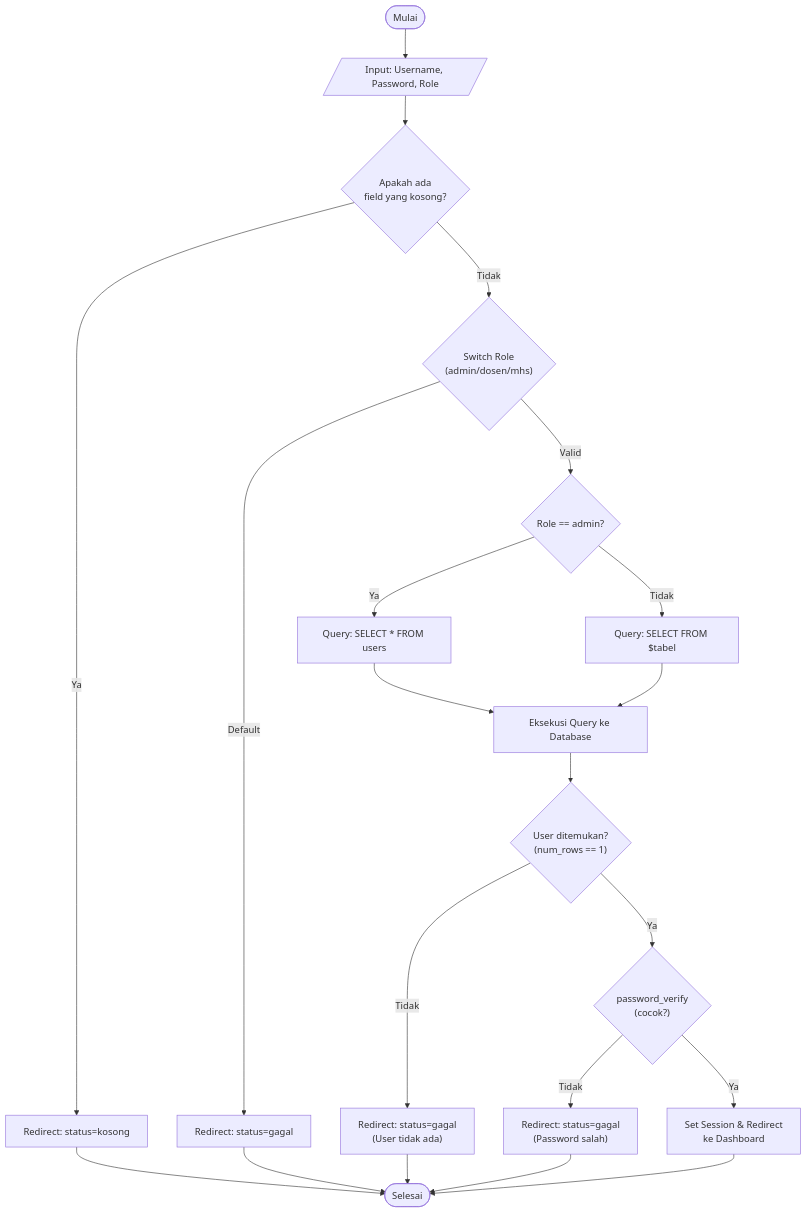
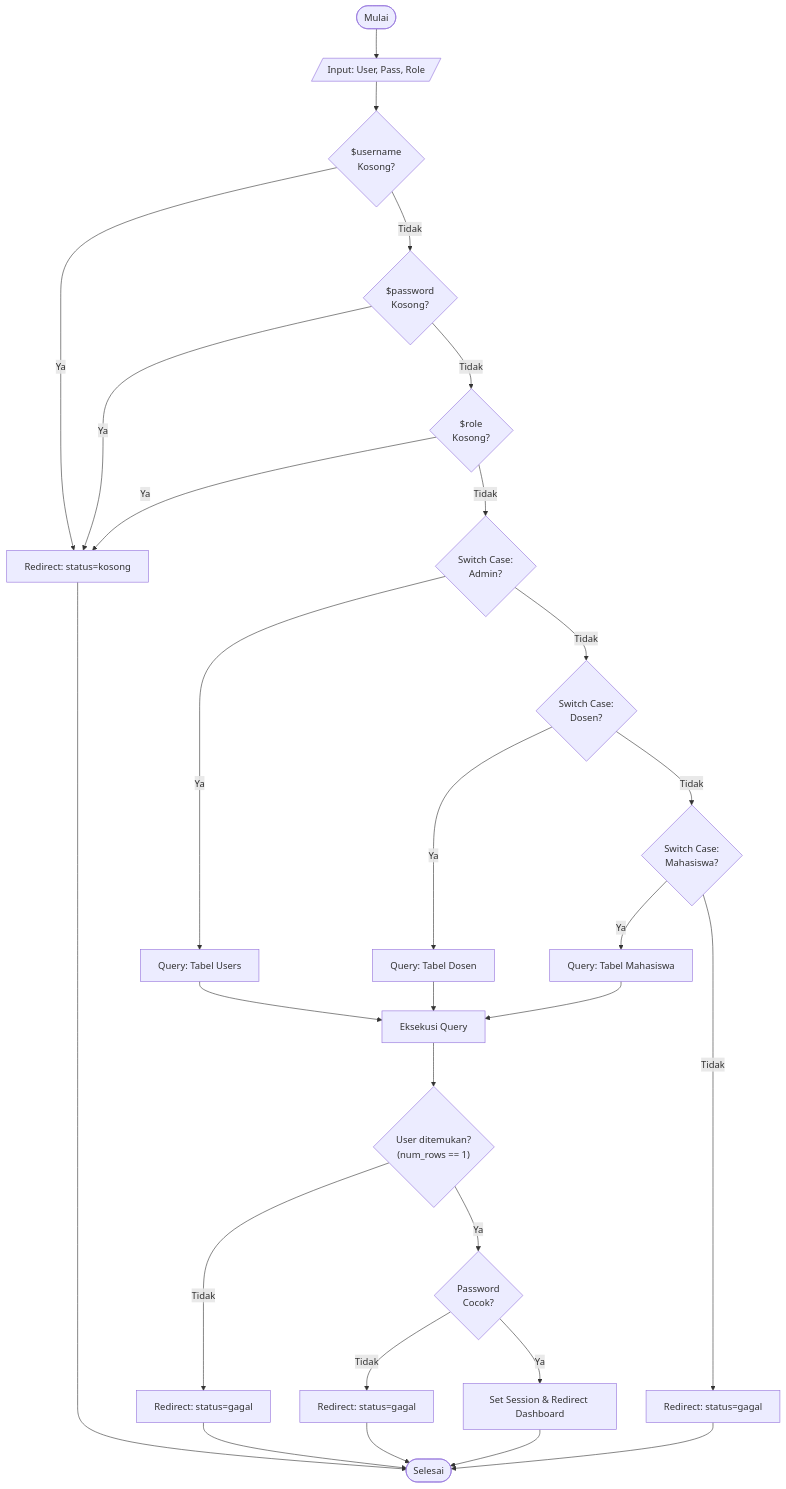
Before and after one commit to arbain-dev/Web_fikom: the first of 2 diagrams in docs/07_PENGUJIAN_WHITE_BOX.md, drawn with Mermaid. The commit also changed other lines of this file, not shown here.

````diff
--- a/docs/07_PENGUJIAN_WHITE_BOX.md
+++ b/docs/07_PENGUJIAN_WHITE_BOX.md
@@ -39,18 +35,24 @@
 ```mermaid
 flowchart TD
-    A([Mulai]) --> B[/Input: Username, Password, Role/]
-    B --> C{"Apakah ada<br/>field yang kosong?"}
+    A([Mulai]) --> B[/Input: User, Pass, Role/]
+    B --> C{"$username<br/>Kosong?"}
     C -- Ya --> D[Redirect: status=kosong]
-    C -- Tidak --> E{"Switch Role<br/>(admin/dosen/mhs)"}
-    E -- Default --> F[Redirect: status=gagal]
-    E -- Valid --> G{"Role == admin?"}
-    G -- Ya --> H["Query: SELECT * FROM users"]
-    G -- Tidak --> I["Query: SELECT FROM $tabel"]
-    H & I --> J[Eksekusi Query ke Database]
-    J --> K{"User ditemukan?<br/>(num_rows == 1)"}
-    K -- Tidak --> L["Redirect: status=gagal<br/>(User tidak ada)"]
-    K -- Ya --> M{"password_verify<br/>(cocok?)"}
-    M -- Tidak --> N["Redirect: status=gagal<br/>(Password salah)"]
-    M -- Ya --> O["Set Session & Redirect<br/>ke Dashboard"]
-    D & F & L & N & O --> P([Selesai])
+    C -- Tidak --> E{"$password<br/>Kosong?"}
+    E -- Ya --> D
+    E -- Tidak --> F{"$role<br/>Kosong?"}
+    F -- Ya --> D
+    F -- Tidak --> G{"Switch Case:<br/>Admin?"}
+    G -- Ya --> H[Query: Tabel Users]
+    G -- Tidak --> I{"Switch Case:<br/>Dosen?"}
+    I -- Ya --> J[Query: Tabel Dosen]
+    I -- Tidak --> K{"Switch Case:<br/>Mahasiswa?"}
+    K -- Ya --> L[Query: Tabel Mahasiswa]
+    K -- Tidak --> M[Redirect: status=gagal]
+    H & J & L --> N[Eksekusi Query]
+    N --> O{"User ditemukan?<br/>(num_rows == 1)"}
+    O -- Tidak --> P[Redirect: status=gagal]
+    O -- Ya --> Q{"Password<br/>Cocok?"}
+    Q -- Tidak --> R[Redirect: status=gagal]
+    Q -- Ya --> S[Set Session & Redirect Dashboard]
+    D & M & P & R & S --> T([Selesai])
 ```
````
